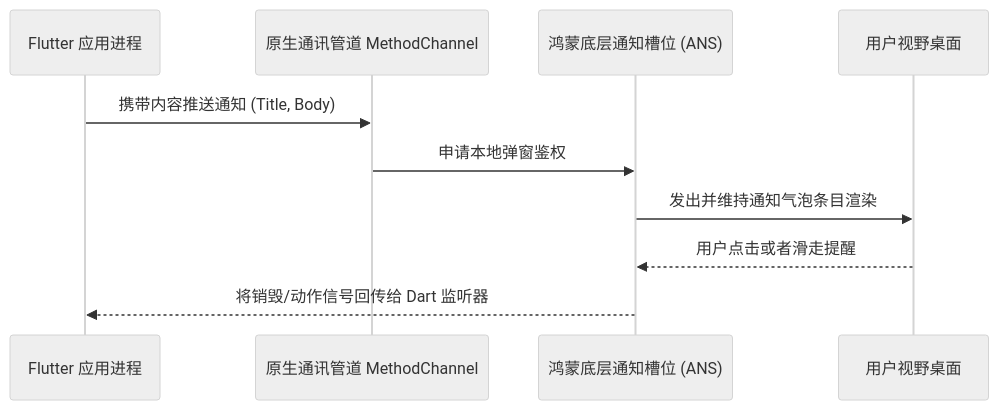
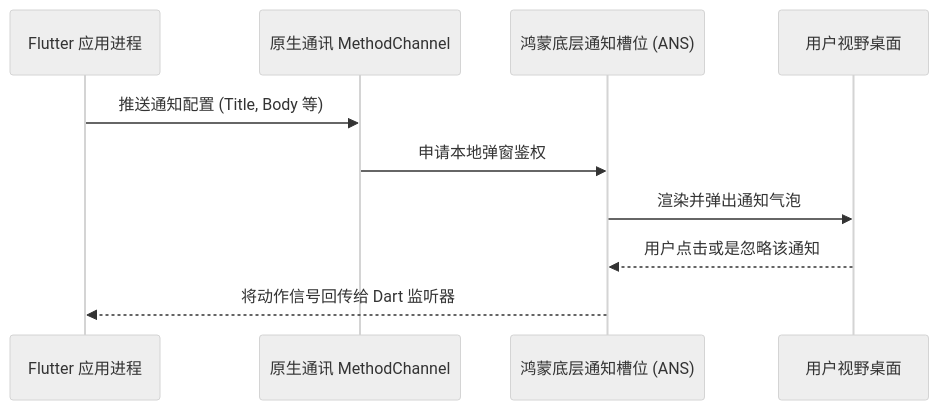
One commit to happyphper/blog changed the diagram in posts/2026/0221/desktop_notifications.md. Above: the diagram before and after it, drawn with Mermaid (neutral theme). The commit also changed other lines of this file and 4 other files, not shown here.

````diff
--- a/posts/2026/0221/desktop_notifications.md
+++ b/posts/2026/0221/desktop_notifications.md
@@ -16,12 +24,12 @@
 ```mermaid
 sequenceDiagram
     participant Flutter 应用进程
-    participant 原生通讯管道 MethodChannel
+    participant 原生通讯 MethodChannel
     participant 鸿蒙底层通知槽位 (ANS)
     participant 用户视野桌面
-    Flutter 应用进程->>原生通讯管道 MethodChannel: 携带内容推送通知 (Title, Body)
-    原生通讯管道 MethodChannel->>鸿蒙底层通知槽位 (ANS): 申请本地弹窗鉴权
-    鸿蒙底层通知槽位 (ANS)->>用户视野桌面: 发出并维持通知气泡条目渲染
-    用户视野桌面-->>鸿蒙底层通知槽位 (ANS): 用户点击或者滑走提醒
-    鸿蒙底层通知槽位 (ANS)-->>Flutter 应用进程: 将销毁/动作信号回传给 Dart 监听器
+    Flutter 应用进程->>原生通讯 MethodChannel: 推送通知配置 (Title, Body 等)
+    原生通讯 MethodChannel->>鸿蒙底层通知槽位 (ANS): 申请本地弹窗鉴权
+    鸿蒙底层通知槽位 (ANS)->>用户视野桌面: 渲染并弹出通知气泡
+    用户视野桌面-->>鸿蒙底层通知槽位 (ANS): 用户点击或是忽略该通知
+    鸿蒙底层通知槽位 (ANS)-->>Flutter 应用进程: 将动作信号回传给 Dart 监听器
 ```
````
